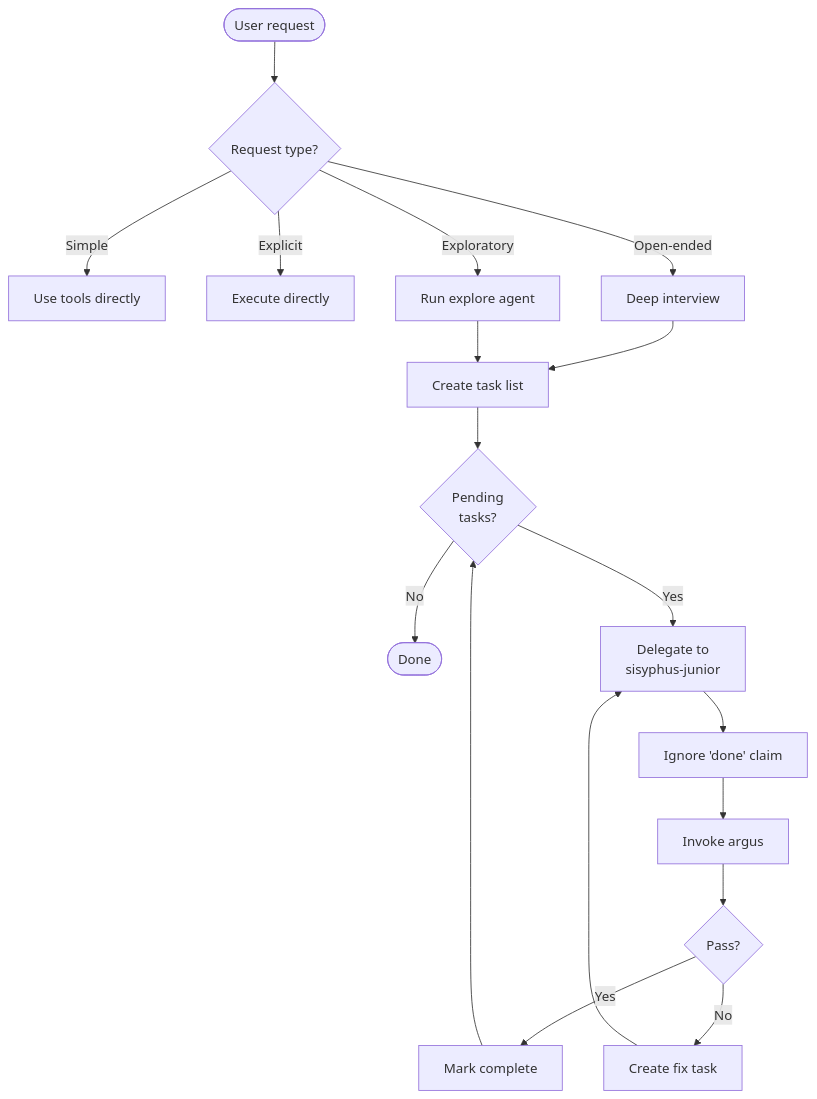
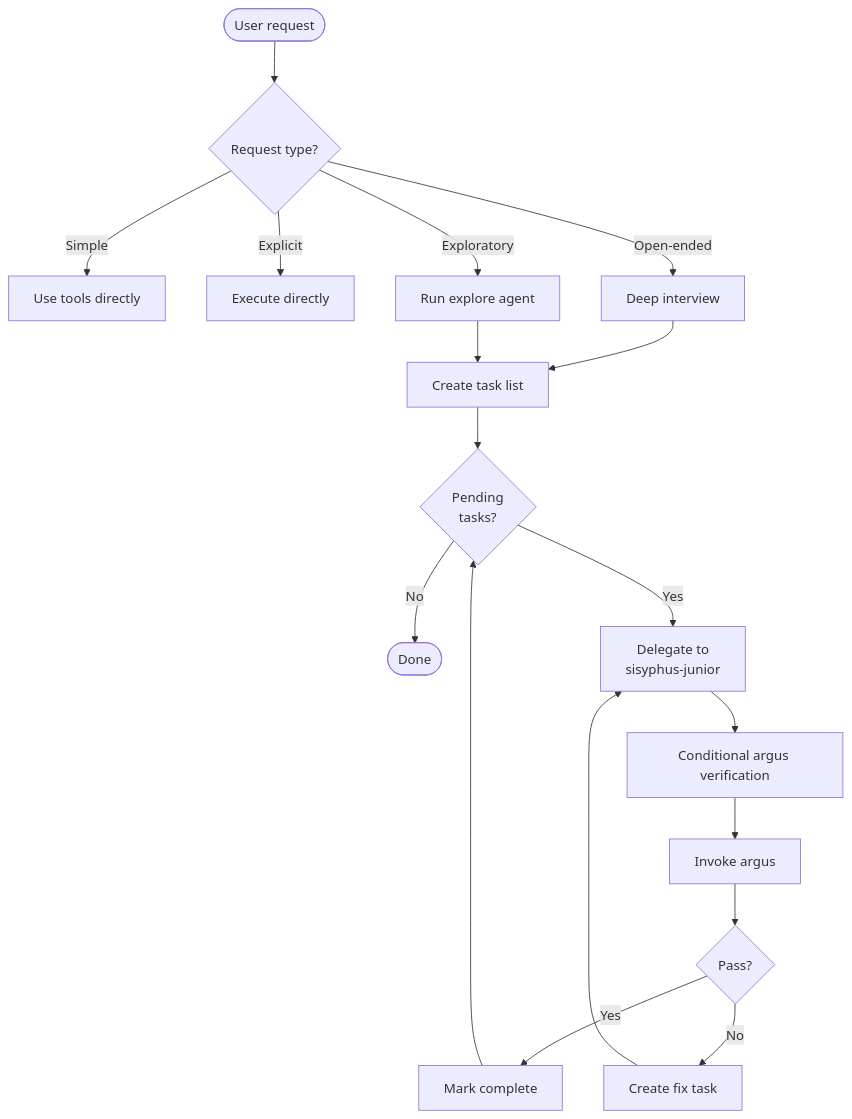
Before and after one commit to toongri/oh-my-toong-playground: the fourth of 4 diagrams in docs/skills/core-pipeline.en.md, drawn with Mermaid. The commit also changed other lines of this file and 4 other files, not shown here.

````diff
--- a/docs/skills/core-pipeline.en.md
+++ b/docs/skills/core-pipeline.en.md
@@ -130,22 +130,22 @@
 ```mermaid
 flowchart TB
     Start([User request]) --> Classify{Request type?}
     Classify -->|Simple| Direct[Use tools directly]
     Classify -->|Explicit| Execute[Execute directly]
     Classify -->|Exploratory| Explore[Run explore agent]
     Classify -->|Open-ended| Interview[Deep interview]
 
     Interview --> Tasks[Create task list]
     Explore --> Tasks
 
     Tasks --> Loop{Pending<br/>tasks?}
     Loop -->|No| Done([Done])
     Loop -->|Yes| Delegate[Delegate to<br/>sisyphus-junior]
-    Delegate --> Ignore["Ignore 'done' claim"]
+    Delegate --> Ignore["Conditional argus verification"]
     Ignore --> Review[Invoke argus]
     Review --> Pass{Pass?}
     Pass -->|Yes| Complete[Mark complete]
     Pass -->|No| Fix[Create fix task]
     Fix --> Delegate
     Complete --> Loop
 ```
````
